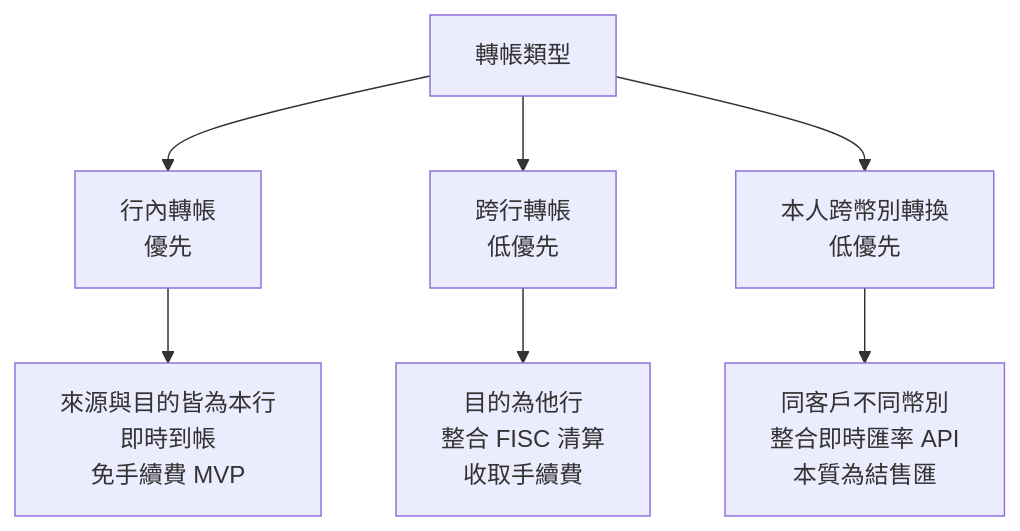
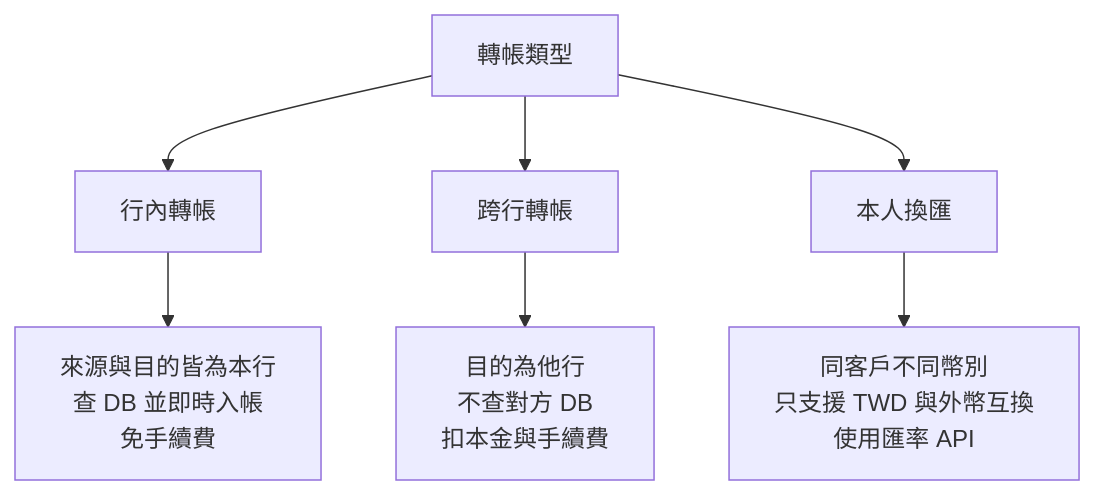
The seventh of 20 diagrams in src/main/java/com/javaeasybank/account/doc/DeveloperDoc.md (han369k/fuku-bnak), drawn with Mermaid before and after one commit. The commit also changed other lines of this file and 516 other files, not shown here.

````diff
--- a/src/main/java/com/javaeasybank/account/doc/DeveloperDoc.md
+++ b/src/main/java/com/javaeasybank/account/doc/DeveloperDoc.md
@@ -390,9 +738,9 @@
 ```mermaid
 flowchart TD
-    A[轉帳類型] --> B[行內轉帳<br/>優先]
-    A --> C[跨行轉帳<br/>低優先]
-    A --> D[本人跨幣別轉換<br/>低優先]
-    B --> B1[來源與目的皆為本行<br/>即時到帳<br/>免手續費 MVP]
-    C --> C1[目的為他行<br/>整合 FISC 清算<br/>收取手續費]
-    D --> D1[同客戶不同幣別<br/>整合即時匯率 API<br/>本質為結售匯]
+    A[轉帳類型] --> B[行內轉帳]
+    A --> C[跨行轉帳]
+    A --> D[本人換匯]
+    B --> B1[來源與目的皆為本行<br/>查 DB 並即時入帳<br/>免手續費]
+    C --> C1[目的為他行<br/>不查對方 DB<br/>扣本金與手續費]
+    D --> D1[同客戶不同幣別<br/>只支援 TWD 與外幣互換<br/>使用匯率 API]
 ```
````
